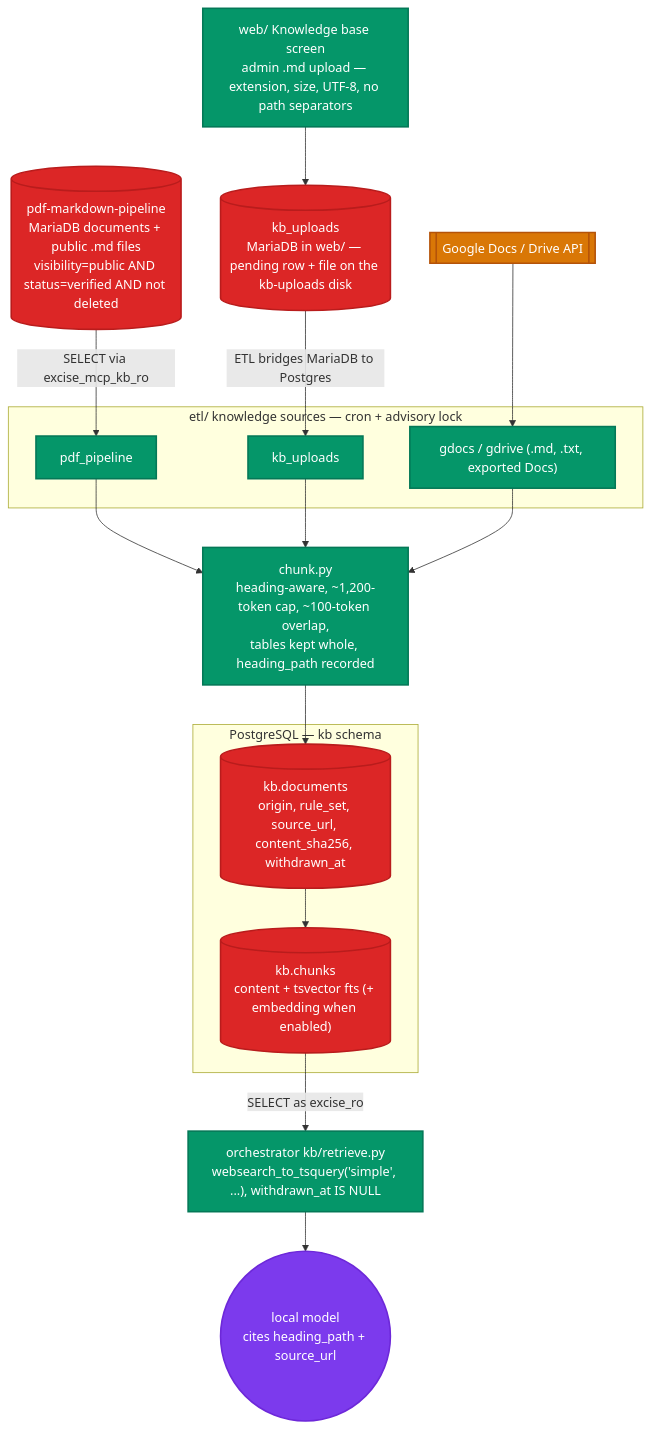
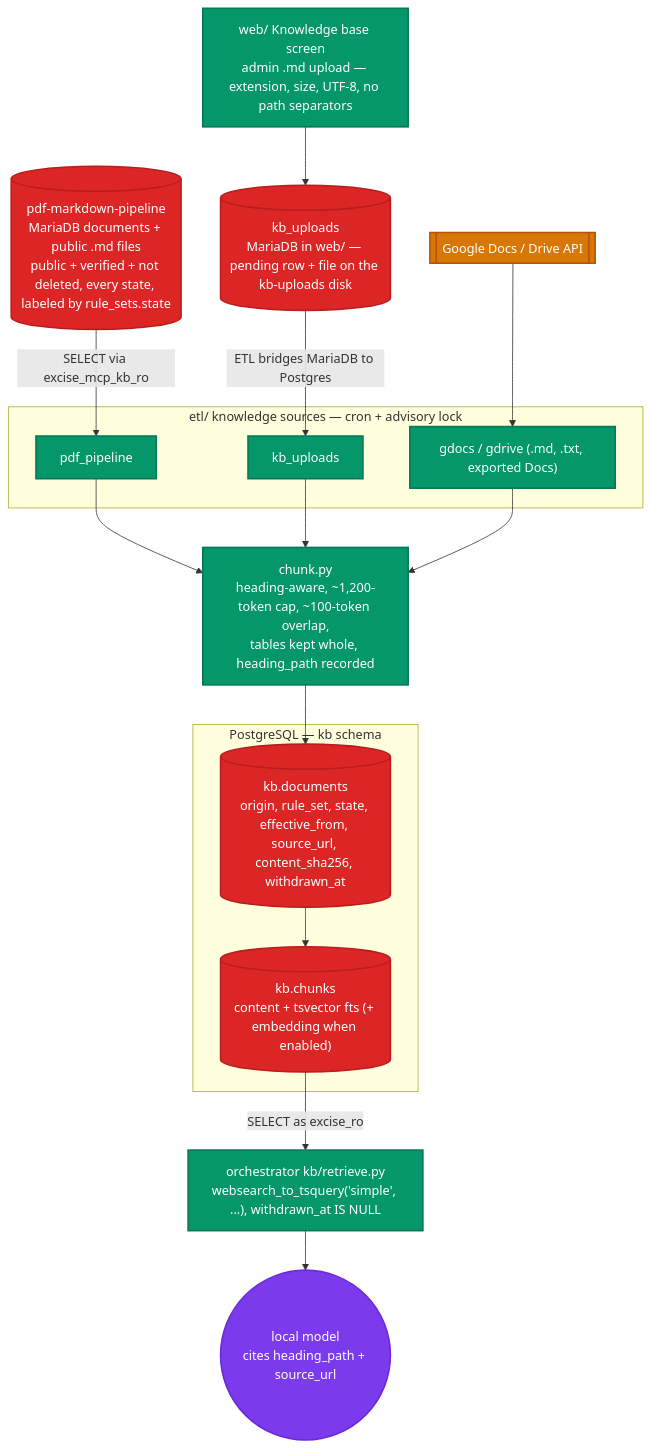
One commit to SubhanRaj/excise-mcp-dashboard changed the second of 2 diagrams in DATA_PIPELINE.md. Above: the diagram before and after it, drawn with Mermaid. The commit also changed other lines of this file and 8 other files, not shown here.

````diff
--- a/DATA_PIPELINE.md
+++ b/DATA_PIPELINE.md
@@ -519,36 +916,36 @@
 ```mermaid
 flowchart TD
     classDef app fill:#059669,stroke:#047857,stroke-width:2px,color:#fff
     classDef db fill:#dc2626,stroke:#b91c1c,stroke-width:2px,color:#fff
     classDef edge fill:#d97706,stroke:#b45309,stroke-width:2px,color:#fff
     classDef ai fill:#7c3aed,stroke:#6d28d9,stroke-width:2px,color:#fff
 
-    PDFP[("pdf-markdown-pipeline<br/>MariaDB documents + public .md files<br/>visibility=public AND status=verified AND not deleted")]:::db
+    PDFP[("pdf-markdown-pipeline<br/>MariaDB documents + public .md files<br/>public + verified + not deleted, every state, labeled by rule_sets.state")]:::db
     Upload["web/ Knowledge base screen<br/>admin .md upload — extension, size, UTF-8, no path separators"]:::app
     KBU[("kb_uploads<br/>MariaDB in web/ — pending row + file on the kb-uploads disk")]:::db
     GAPI[["Google Docs / Drive API"]]:::edge
 
     subgraph EtlKB["etl/ knowledge sources — cron + advisory lock"]
         PP["pdf_pipeline"]:::app
         KU["kb_uploads"]:::app
         GDoc["gdocs / gdrive (.md, .txt, exported Docs)"]:::app
     end
 
     Chunk["chunk.py<br/>heading-aware, ~1,200-token cap, ~100-token overlap,<br/>tables kept whole, heading_path recorded"]:::app
 
     subgraph Bank["PostgreSQL — kb schema"]
-        Docs[("kb.documents<br/>origin, rule_set, source_url, content_sha256, withdrawn_at")]:::db
+        Docs[("kb.documents<br/>origin, rule_set, state, effective_from, source_url, content_sha256, withdrawn_at")]:::db
         Chunks[("kb.chunks<br/>content + tsvector fts (+ embedding when enabled)")]:::db
     end
 
     Retr["orchestrator kb/retrieve.py<br/>websearch_to_tsquery('simple', ...), withdrawn_at IS NULL"]:::app
     Model(("local model<br/>cites heading_path + source_url")):::ai
 
     PDFP -->|SELECT via excise_mcp_kb_ro| PP
     Upload --> KBU
     KBU -->|ETL bridges MariaDB to Postgres| KU
     GAPI --> GDoc
     PP & KU & GDoc --> Chunk
     Chunk --> Docs --> Chunks
     Chunks -->|SELECT as excise_ro| Retr --> Model
 ```
````
